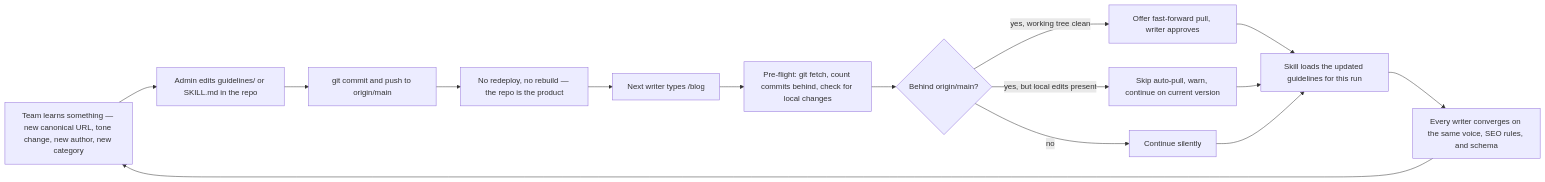
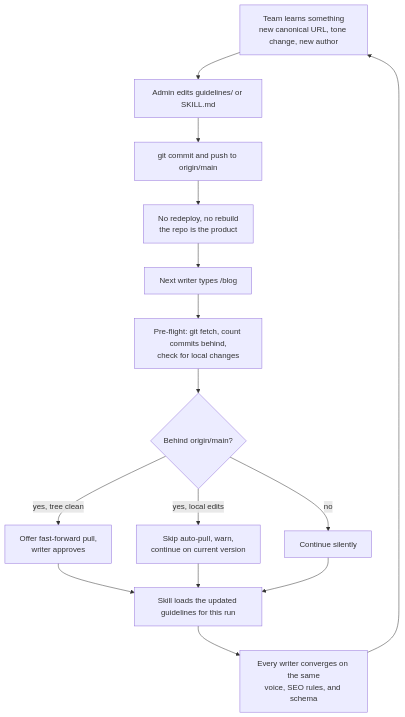
Before and after one commit to jdonnelly-zspace/blog-generation: the diagram in diagrams/06-governance-loop.mmd, drawn with Mermaid. The commit also changed 3 other files, not shown here.

First line of the commit message:
docs(diagrams): fix layouts that rendered unusably wide

```diff
--- a/diagrams/06-governance-loop.mmd
+++ b/diagrams/06-governance-loop.mmd
@@ -1,15 +1,15 @@
-flowchart LR
-  A["Team learns something — new canonical URL, tone change, new author, new category"] --> B["Admin edits guidelines/ or SKILL.md in the repo"]
+flowchart TB
+  A["Team learns something<br/>new canonical URL, tone change, new author"] --> B["Admin edits guidelines/ or SKILL.md"]
   B --> C["git commit and push to origin/main"]
-  C --> D["No redeploy, no rebuild — the repo is the product"]
+  C --> D["No redeploy, no rebuild<br/>the repo is the product"]
   D --> E["Next writer types /blog"]
-  E --> F["Pre-flight: git fetch, count commits behind, check for local changes"]
+  E --> F["Pre-flight: git fetch, count commits behind,<br/>check for local changes"]
   F --> G{"Behind origin/main?"}
   G -->|"no"| J["Continue silently"]
-  G -->|"yes, working tree clean"| H["Offer fast-forward pull, writer approves"]
-  G -->|"yes, but local edits present"| I["Skip auto-pull, warn, continue on current version"]
+  G -->|"yes, tree clean"| H["Offer fast-forward pull,<br/>writer approves"]
+  G -->|"yes, local edits"| I["Skip auto-pull, warn,<br/>continue on current version"]
   H --> K["Skill loads the updated guidelines for this run"]
   I --> K
   J --> K
-  K --> L["Every writer converges on the same voice, SEO rules, and schema"]
+  K --> L["Every writer converges on the same<br/>voice, SEO rules, and schema"]
   L --> A
```
